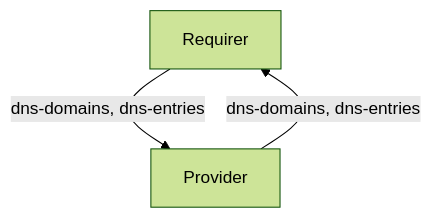
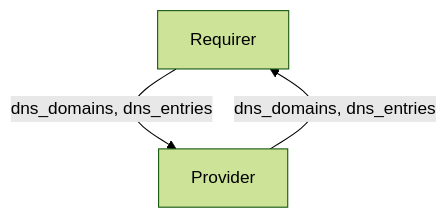
The diagram in interfaces/dns_record/v0/README.md (canonical/charm-relation-interfaces), drawn with Mermaid (forest theme) before and after one commit. The commit also changed other lines of this file and 1 other file, not shown here.

````diff
--- a/interfaces/dns_record/v0/README.md
+++ b/interfaces/dns_record/v0/README.md
@@ -10,5 +10,5 @@
 ```mermaid
 flowchart TD
-  Requirer -- dns-domains, dns-entries --> Provider
-  Provider -- dns-domains, dns-entries --> Requirer
+  Requirer -- dns_domains, dns_entries --> Provider
+  Provider -- dns_domains, dns_entries --> Requirer
 ```
````
